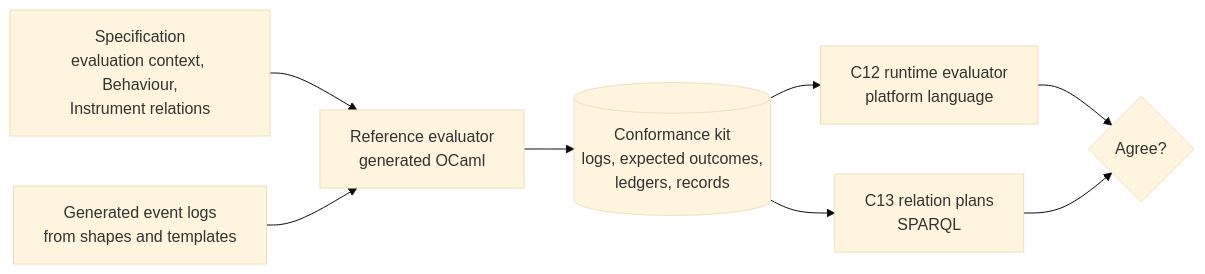
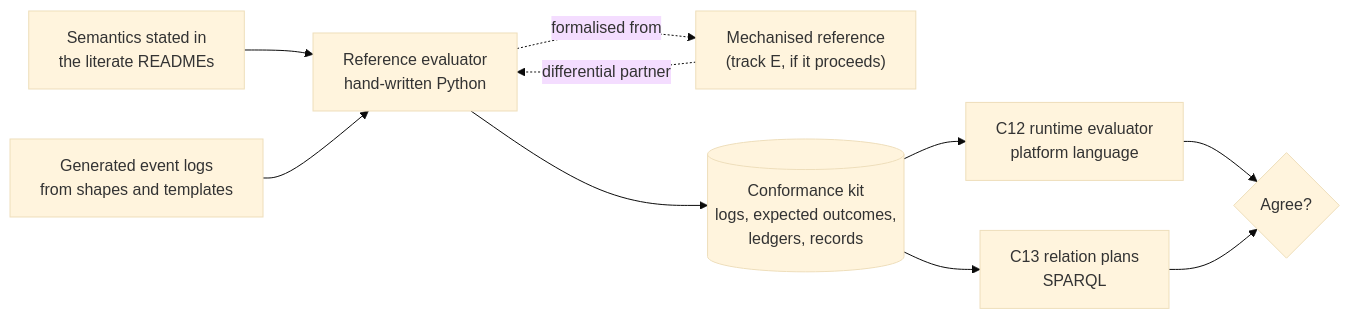
Before and after one commit to nebularis/lattice: the diagram in docs/developer/sketches/reference-evaluator.md, drawn with Mermaid (base theme). The commit also changed other lines of this file and 10 other files, not shown here.

````diff
--- a/docs/developer/sketches/reference-evaluator.md
+++ b/docs/developer/sketches/reference-evaluator.md
@@ -24,14 +26,17 @@
 ```mermaid
 flowchart LR
-    SP["Specification<br/>evaluation context, Behaviour,<br/>Instrument relations"]
-    RE["Reference evaluator<br/>generated OCaml"]
+    SP["Semantics stated in<br/>the literate READMEs"]
+    RE["Reference evaluator<br/>hand-written Python"]
+    ME["Mechanised reference<br/>(track E, if it proceeds)"]
     GEN["Generated event logs<br/>from shapes and templates"]
     KIT[("Conformance kit<br/>logs, expected outcomes,<br/>ledgers, records")]
     RT["C12 runtime evaluator<br/>platform language"]
     PL["C13 relation plans<br/>SPARQL"]
     DIFF{"Agree?"}
     SP --> RE
+    RE -. "formalised from" .-> ME
+    ME -. "differential partner" .-> RE
     GEN --> RE --> KIT
     KIT --> RT --> DIFF
     KIT --> PL --> DIFF
 ```
````
